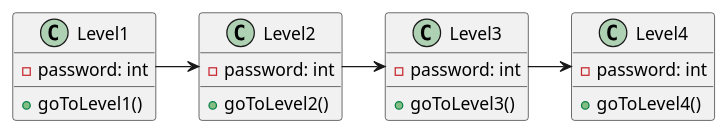
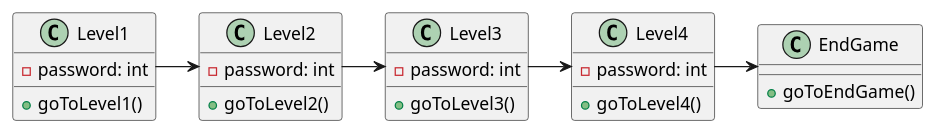
One commit to mpekim/Game_Dev_Club_Fall2016 changed the diagram in MANUAL.md. Above: the diagram before and after it, drawn with PlantUML. The commit also changed 3 other files, not shown here.

````diff
--- a/MANUAL.md
+++ b/MANUAL.md
@@ -23,30 +23,35 @@
 ```plantuml
 
 class Level1{
     +goToLevel1()
     
     -password: int
 }
 
 class Level2{
     +goToLevel2()
 
     -password: int
 }
 
 class Level3{
     +goToLevel3()
 
     -password: int
 }
 
 class Level4{
     +goToLevel4()
 
     -password: int
 }
 
+class EndGame{
+    +goToEndGame()
+}
+
 Level1 --right--> Level2
 Level2 --right--> Level3
 Level3 --right--> Level4
+Level4 --right--> EndGame
 ```
````
